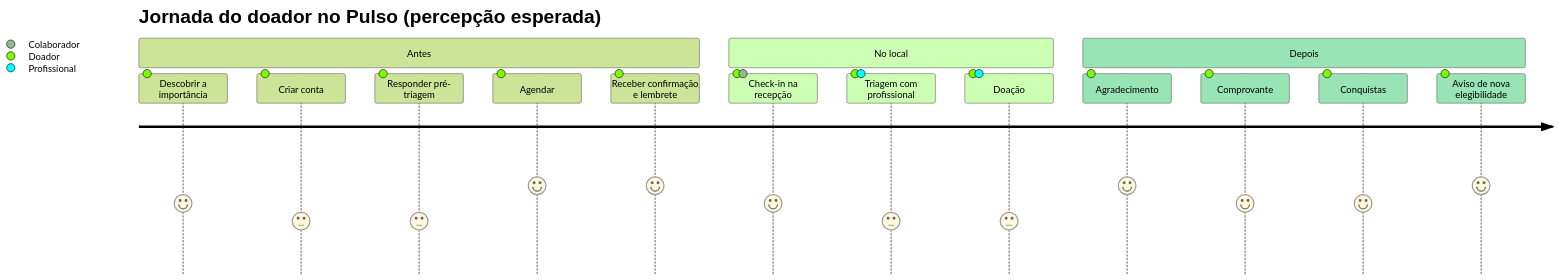
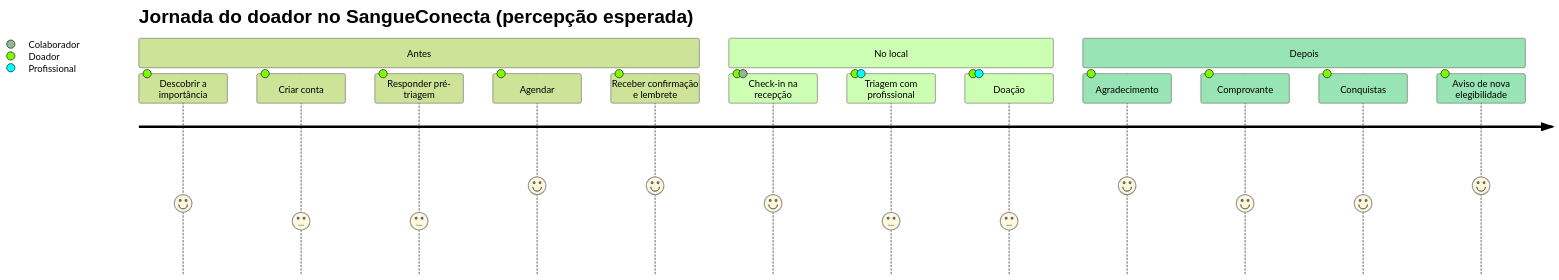
The diagram in docs/02-personas-e-jornada.md (LabdoGui/Aplicativo-Refer-ncia-Pou-), drawn with Mermaid (forest theme) before and after one commit. The commit also changed 100 other files, not shown here.

First line of the commit message:
Troca a marca para SangueConecta (nome, logo e slogan) (#5)

````diff
--- a/docs/02-personas-e-jornada.md
+++ b/docs/02-personas-e-jornada.md
@@ -71,19 +71,19 @@
 ```mermaid
 journey
-    title Jornada do doador no Pulso (percepção esperada)
+    title Jornada do doador no SangueConecta (percepção esperada)
     section Antes
       Descobrir a importância: 4: Doador
       Criar conta: 3: Doador
       Responder pré-triagem: 3: Doador
       Agendar: 5: Doador
       Receber confirmação e lembrete: 5: Doador
     section No local
       Check-in na recepção: 4: Doador, Colaborador
       Triagem com profissional: 3: Doador, Profissional
       Doação: 3: Doador, Profissional
     section Depois
       Agradecimento: 5: Doador
       Comprovante: 4: Doador
       Conquistas: 4: Doador
       Aviso de nova elegibilidade: 5: Doador
 ```
````
